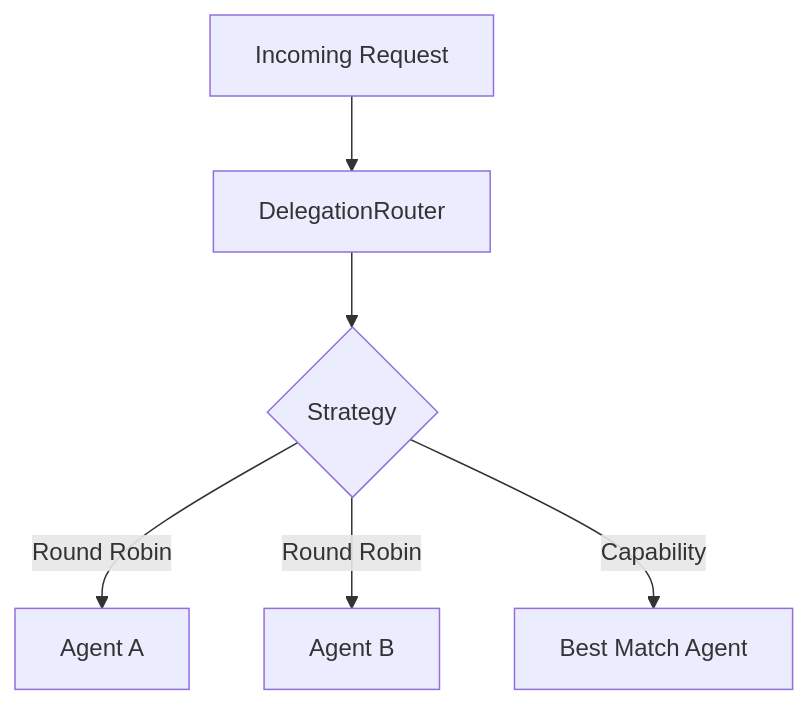
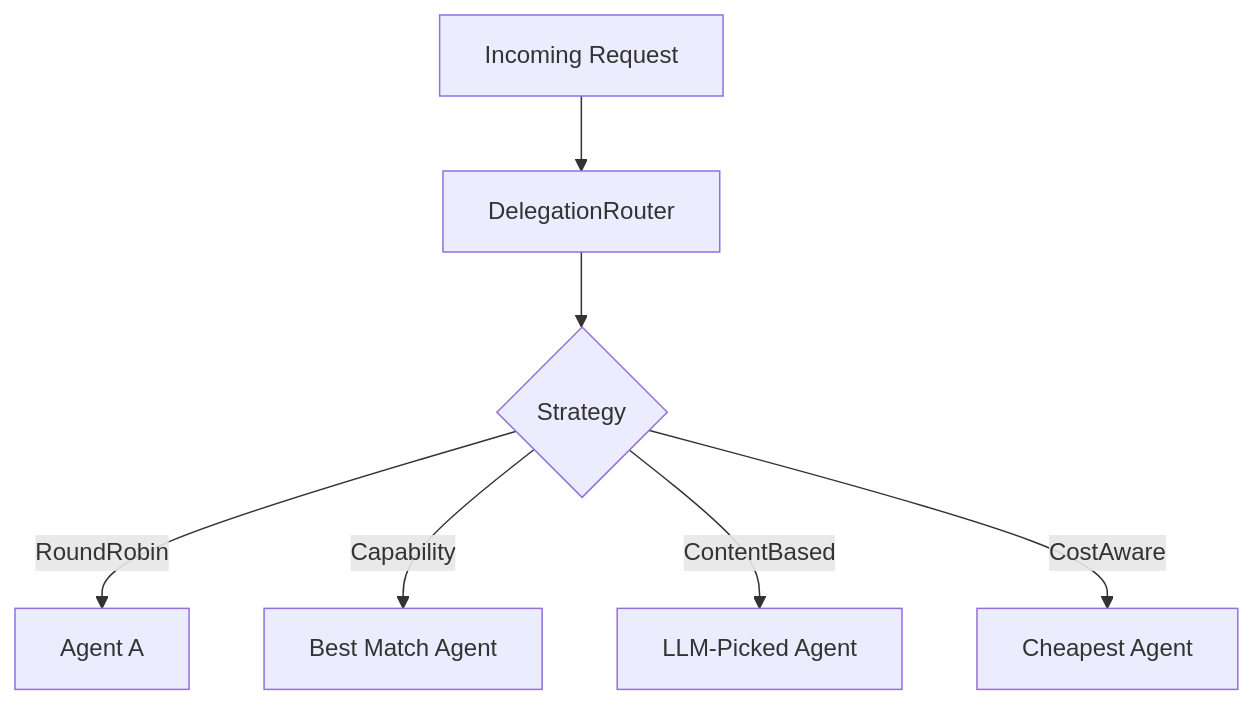
One commit to fireflyframework/fireflyframework-agentic changed the second of 4 diagrams in docs/agents.md. Above: the diagram before and after it, drawn with Mermaid. The commit also changed other lines of this file and 11 other files, not shown here.

````diff
--- a/docs/agents.md
+++ b/docs/agents.md
@@ -162,8 +167,9 @@
 ```mermaid
 flowchart TD
     REQ[Incoming Request] --> DR[DelegationRouter]
     DR --> S{Strategy}
-    S -->|Round Robin| A1[Agent A]
-    S -->|Round Robin| A2[Agent B]
-    S -->|Capability| A3[Best Match Agent]
+    S -->|RoundRobin| A1[Agent A]
+    S -->|Capability| A2[Best Match Agent]
+    S -->|ContentBased| A3[LLM-Picked Agent]
+    S -->|CostAware| A4[Cheapest Agent]
 ```
````
